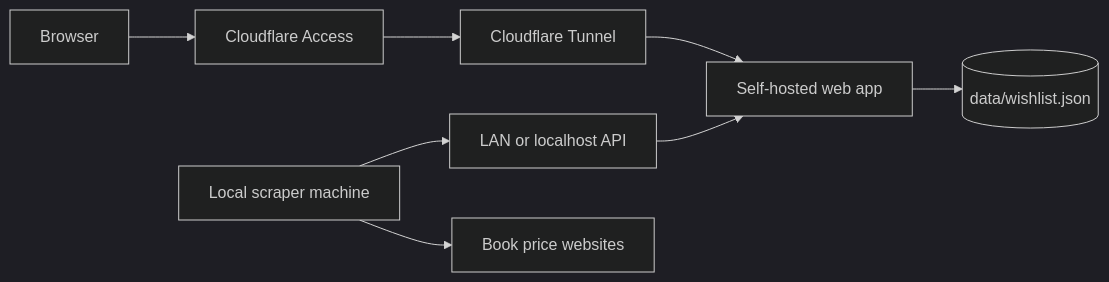
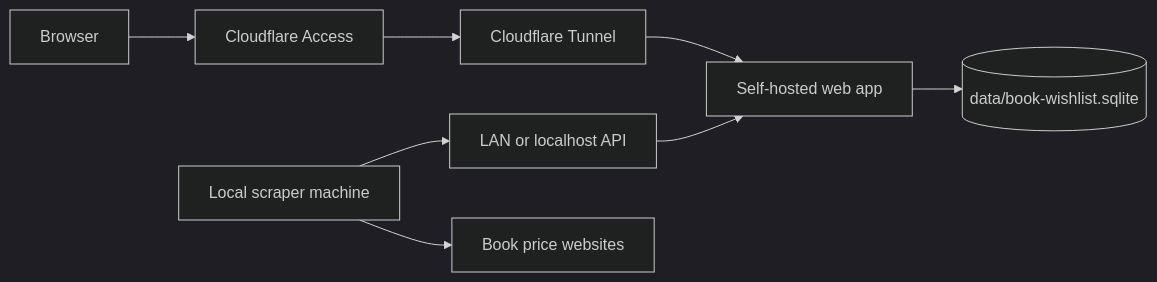
One commit to NicolaFerracin/book-wishlist changed the first of 2 diagrams in README.md. Above: the diagram before and after it, drawn with Mermaid (dark theme). The commit also changed other lines of this file and 9 other files, not shown here.

````diff
--- a/README.md
+++ b/README.md
@@ -45,11 +45,11 @@
 ```mermaid
 flowchart LR
   browser[Browser] --> cf[Cloudflare Access]
   cf --> tunnel[Cloudflare Tunnel]
   tunnel --> web[Self-hosted web app]
-  web --> data[(data/wishlist.json)]
+  web --> data[(data/book-wishlist.sqlite)]
 
   laptop[Local scraper machine] --> api[LAN or localhost API]
   api --> web
   laptop --> bookfinder[Book price websites]
 ```
````
